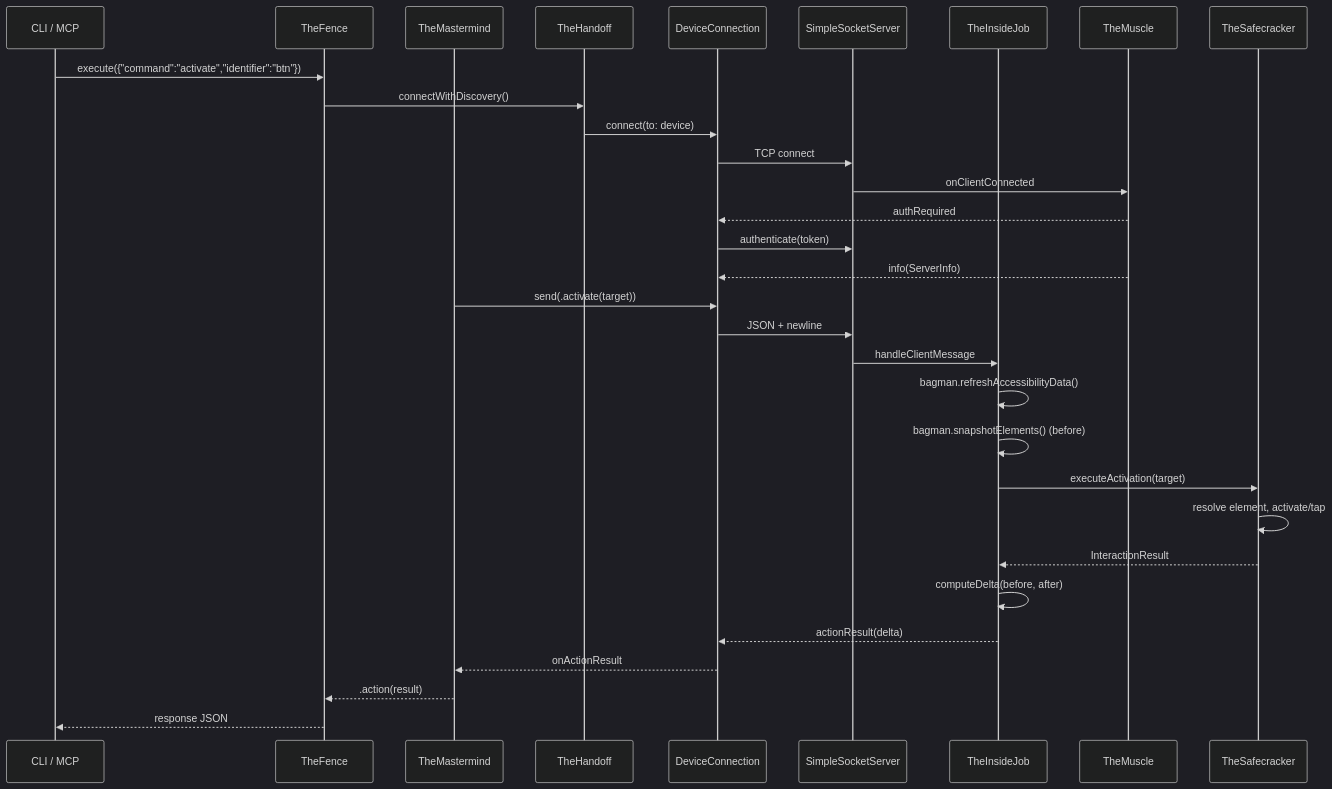
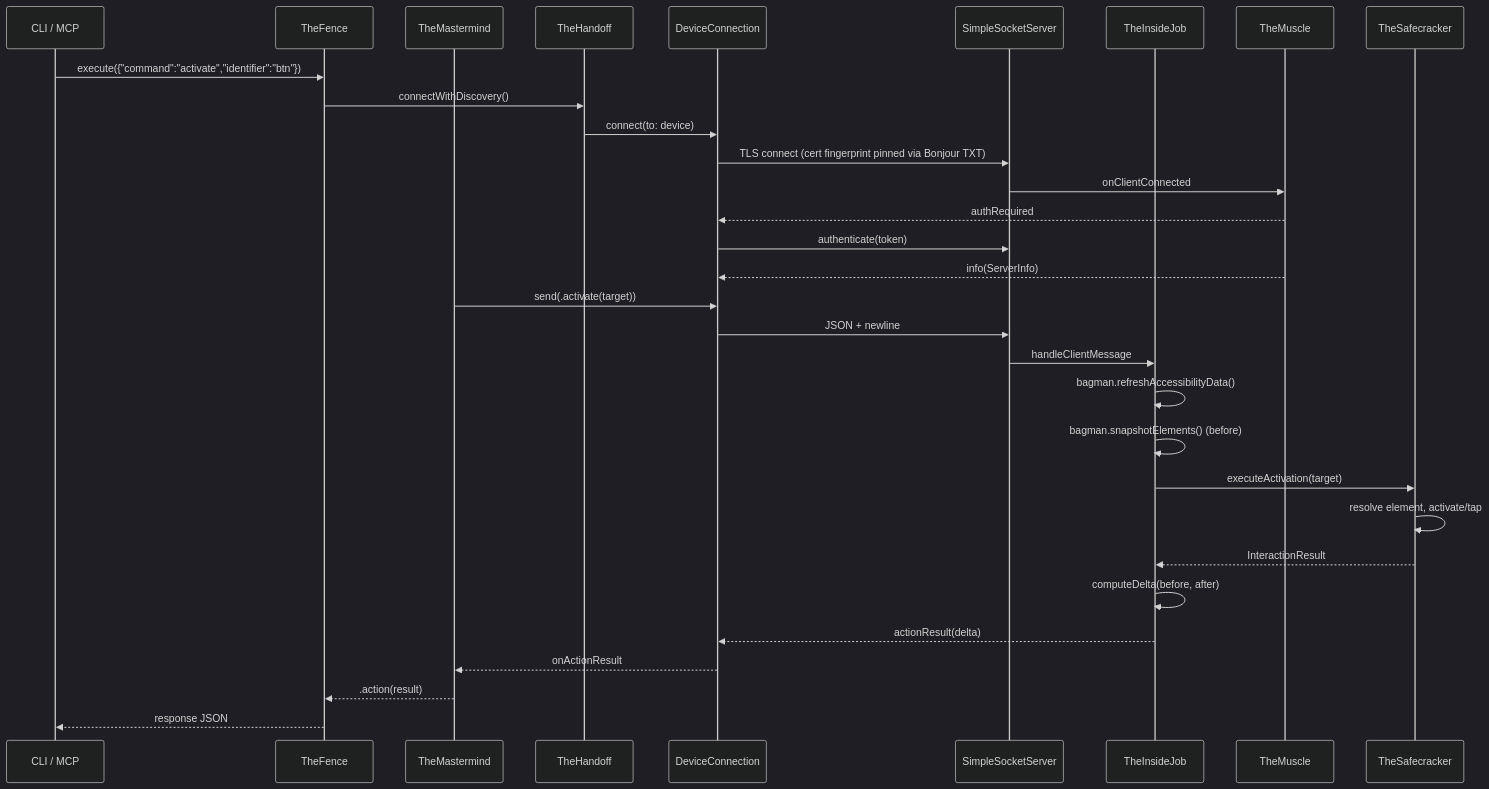
Before and after one commit to RoyalPineapple/TheButtonHeist: the second of 2 diagrams in docs/dossiers/00-OVERVIEW.md, drawn with Mermaid (dark theme). The commit also changed other lines of this file and 11 other files, not shown here.

````diff
--- a/docs/dossiers/00-OVERVIEW.md
+++ b/docs/dossiers/00-OVERVIEW.md
@@ -62,34 +67,34 @@
 ```mermaid
 sequenceDiagram
     participant CLI as CLI / MCP
     participant TF as TheFence
     participant TM as TheMastermind
     participant TH as TheHandoff
     participant DC as DeviceConnection
     participant SS as SimpleSocketServer
     participant IJ as TheInsideJob
     participant TM2 as TheMuscle
     participant TS as TheSafecracker
 
     CLI->>TF: execute({"command":"activate","identifier":"btn"})
     TF->>TH: connectWithDiscovery()
     TH->>DC: connect(to: device)
-    DC->>SS: TCP connect
+    DC->>SS: TLS connect (cert fingerprint pinned via Bonjour TXT)
     SS->>TM2: onClientConnected
     TM2-->>DC: authRequired
     DC->>SS: authenticate(token)
     TM2-->>DC: info(ServerInfo)
     TM->>DC: send(.activate(target))
     DC->>SS: JSON + newline
     SS->>IJ: handleClientMessage
     IJ->>IJ: bagman.refreshAccessibilityData()
     IJ->>IJ: bagman.snapshotElements() (before)
     IJ->>TS: executeActivation(target)
     TS->>TS: resolve element, activate/tap
     TS-->>IJ: InteractionResult
     IJ->>IJ: computeDelta(before, after)
     IJ-->>DC: actionResult(delta)
     DC-->>TM: onActionResult
     TM-->>TF: .action(result)
     TF-->>CLI: response JSON
 ```
````
